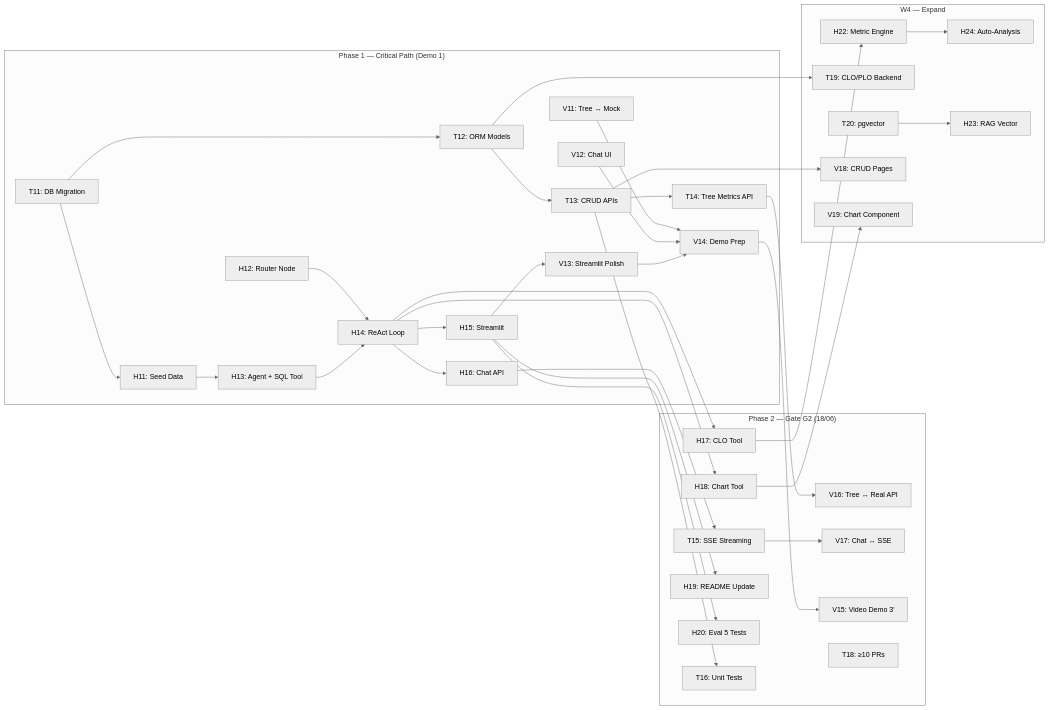
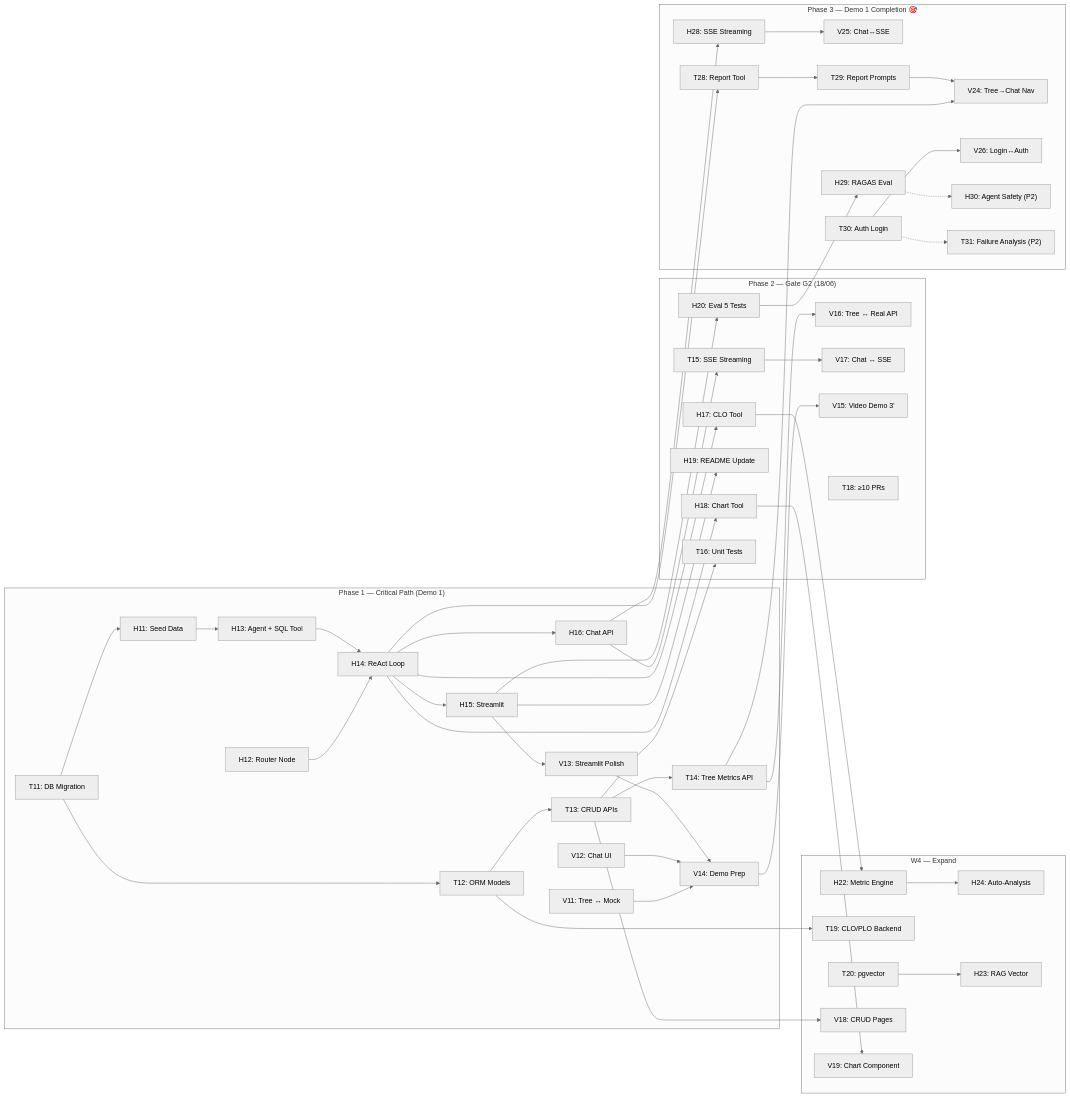
One commit to ritvien/-Learning-Analytics-AI changed the diagram in docs/07-Sprint-Planning/Sprint2.md. Above: the diagram before and after it, drawn with Mermaid (neutral theme). The commit also changed other lines of this file, not shown here.

Commit message:
docs: Update Sprint 2 plan to fast track Demo 1 completion

````diff
--- a/docs/07-Sprint-Planning/Sprint2.md
+++ b/docs/07-Sprint-Planning/Sprint2.md
@@ -216,47 +259,60 @@
 ```mermaid
 graph LR
     subgraph "Phase 1 — Critical Path (Demo 1)"
         H11["H11: Seed Data"] --> H13["H13: Agent + SQL Tool"]
         T11["T11: DB Migration"] --> H11
         T11 --> T12["T12: ORM Models"]
         T12 --> T13["T13: CRUD APIs"]
         
         H12["H12: Router Node"] --> H14["H14: ReAct Loop"]
         H13 --> H14
         H14 --> H15["H15: Streamlit"]
         H14 --> H16["H16: Chat API"]
         
         T13 --> T14["T14: Tree Metrics API"]
         
         V11["V11: Tree ↔ Mock"] --> V14["V14: Demo Prep"]
         V12["V12: Chat UI"] --> V14
         H15 --> V13["V13: Streamlit Polish"]
         V13 --> V14
     end
 
     subgraph "Phase 2 — Gate G2 (18/06)"
         H16 --> T15["T15: SSE Streaming"]
         H14 --> H17["H17: CLO Tool"]
         H14 --> H18["H18: Chart Tool"]
         
         H15 --> H19["H19: README Update"]
         H15 --> H20["H20: Eval 5 Tests"]
         
         T14 --> V16["V16: Tree ↔ Real API"]
         T15 --> V17["V17: Chat ↔ SSE"]
         
         V14 --> V15["V15: Video Demo 3'"]
         
         T13 --> T16["T16: Unit Tests"]
         T18["T18: ≥10 PRs"]
     end
 
     subgraph "W4 — Expand"
         H17 --> H22["H22: Metric Engine"]
         H22 --> H24["H24: Auto-Analysis"]
         T12 --> T19["T19: CLO/PLO Backend"]
         T20["T20: pgvector"] --> H23["H23: RAG Vector"]
         T13 --> V18["V18: CRUD Pages"]
         H18 --> V19["V19: Chart Component"]
     end
+
+    subgraph "Phase 3 — Demo 1 Completion 🎯"
+        H16 --> H28["H28: SSE Streaming"]
+        H28 --> V25["V25: Chat↔SSE"]
+        T14 --> V24["V24: Tree→Chat Nav"]
+        H14 --> T28["T28: Report Tool"]
+        T28 --> T29["T29: Report Prompts"]
+        T29 --> V24
+        T30["T30: Auth Login"] --> V26["V26: Login↔Auth"]
+        H20 --> H29["H29: RAGAS Eval"]
+        H29 -.-> H30["H30: Agent Safety (P2)"]
+        T30 -.-> T31["T31: Failure Analysis (P2)"]
+    end
 ```
````
